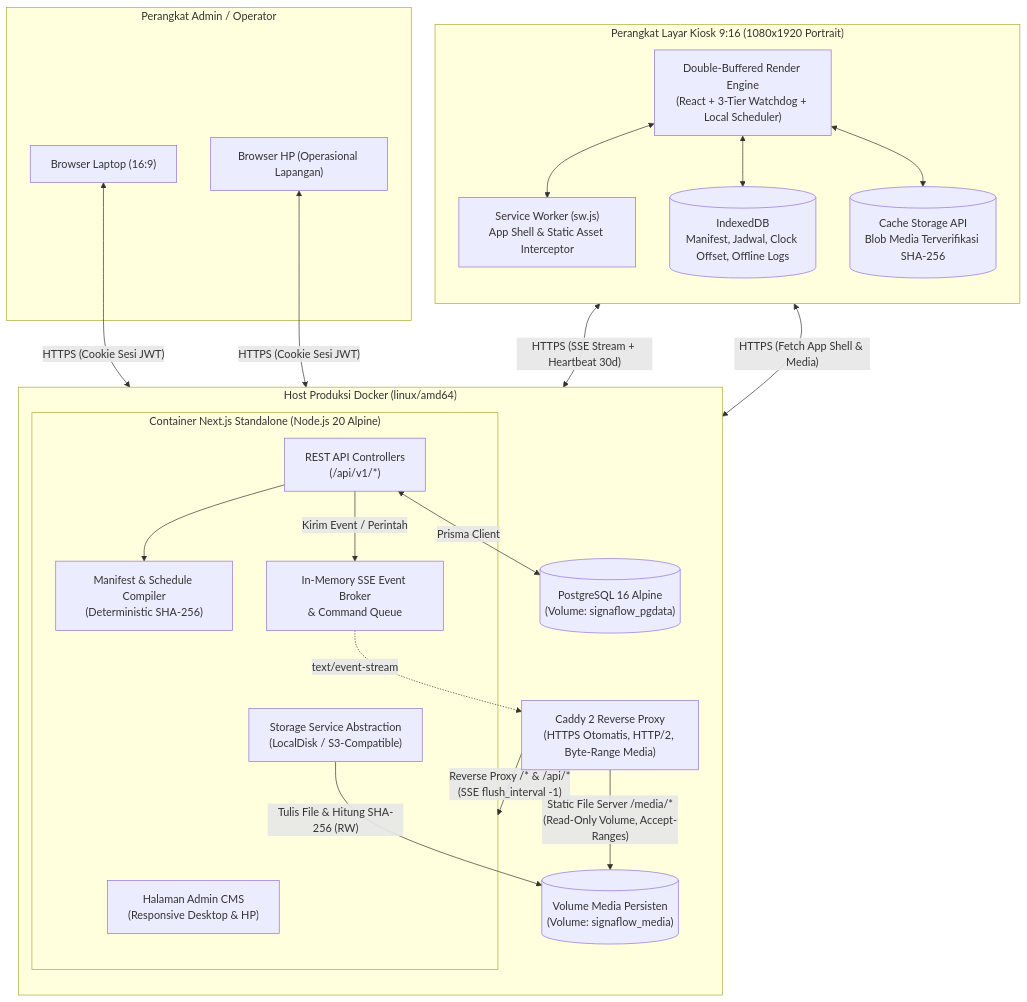
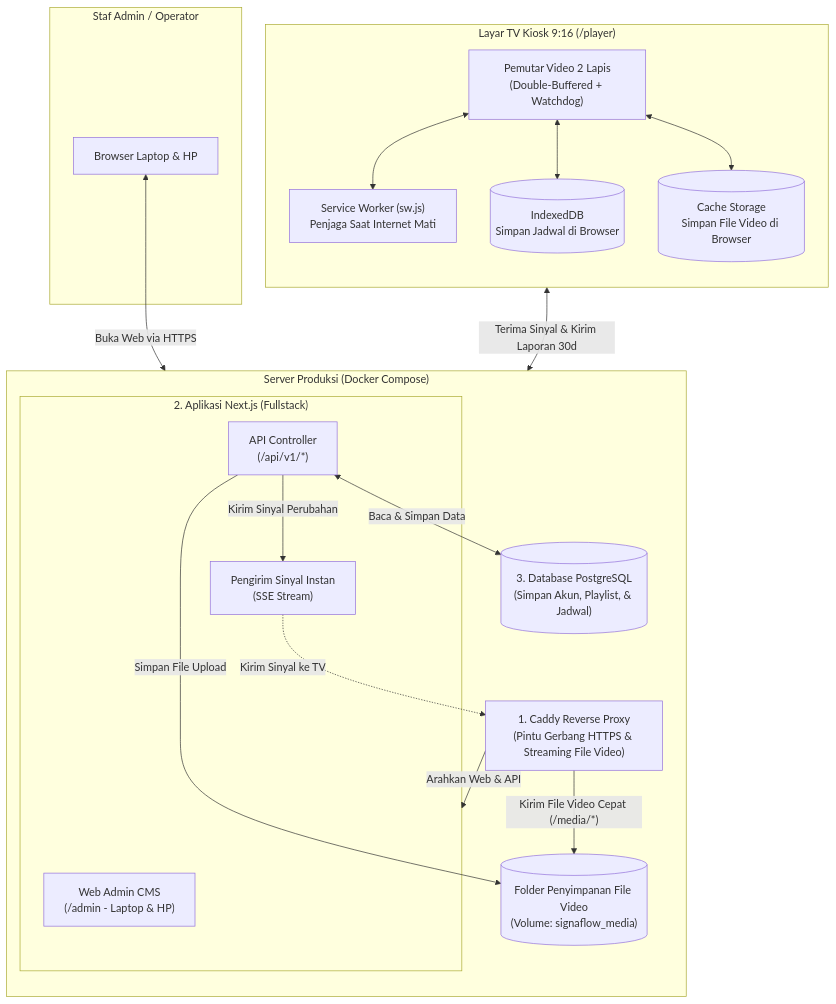
The diagram in docs/02-TRD-ARCHITECTURE.md (ibnu-anjang/SignaFlow), drawn with Mermaid before and after one commit. The commit also changed other lines of this file and 9 other files, not shown here.

````diff
--- a/docs/02-TRD-ARCHITECTURE.md
+++ b/docs/02-TRD-ARCHITECTURE.md
@@ -13,49 +11,43 @@
 ```mermaid
 flowchart TB
-    subgraph Docker_Host["Host Produksi Docker (linux/amd64)"]
+    subgraph Server_Docker["Server Produksi (Docker Compose)"]
         direction TB
-        Caddy["Caddy 2 Reverse Proxy\n(HTTPS Otomatis, HTTP/2, Byte-Range Media)"]
+        Caddy["1. Caddy Reverse Proxy\n(Pintu Gerbang HTTPS & Streaming File Video)"]
         
-        subgraph NextJS_App["Container Next.js Standalone (Node.js 20 Alpine)"]
-            AdminUI["Halaman Admin CMS\n(Responsive Desktop & HP)"]
-            RestAPI["REST API Controllers\n(/api/v1/*)"]
-            ManifestEngine["Manifest & Schedule Compiler\n(Deterministic SHA-256)"]
-            SSEBroker["In-Memory SSE Event Broker\n& Command Queue"]
-            StorageSvc["Storage Service Abstraction\n(LocalDisk / S3-Compatible)"]
+        subgraph NextJS_App["2. Aplikasi Next.js (Fullstack)"]
+            AdminUI["Web Admin CMS\n(/admin - Laptop & HP)"]
+            RestAPI["API Controller\n(/api/v1/*)"]
+            SSEBroker["Pengirim Sinyal Instan\n(SSE Stream)"]
         end
 
-        Postgres[("PostgreSQL 16 Alpine\n(Volume: signaflow_pgdata)")]
-        MediaVol[("Volume Media Persisten\n(Volume: signaflow_media)")]
+        Postgres[("3. Database PostgreSQL\n(Simpan Akun, Playlist, & Jadwal)")]
+        MediaFolder[("Folder Penyimpanan File Video\n(Volume: signaflow_media)")]
     end
 
-    subgraph Operator_Clients["Perangkat Admin / Operator"]
-        DesktopAdmin["Browser Laptop (16:9)"]
-        MobileAdmin["Browser HP (Operasional Lapangan)"]
+    subgraph Pengguna_Admin["Staf Admin / Operator"]
+        LaptopHP["Browser Laptop & HP"]
     end
 
-    subgraph Kiosk_Edge["Perangkat Layar Kiosk 9:16 (1080x1920 Portrait)"]
+    subgraph Layar_Kiosk["Layar TV Kiosk 9:16 (/player)"]
         direction TB
-        PlayerEngine["Double-Buffered Render Engine\n(React + 3-Tier Watchdog + Local Scheduler)"]
-        ServiceWorker["Service Worker (sw.js)\nApp Shell & Static Asset Interceptor"]
-        IndexedDB[("IndexedDB\nManifest, Jadwal, Clock Offset, Offline Logs")]
-        CacheStorage[("Cache Storage API\nBlob Media Terverifikasi SHA-256")]
+        PlayerUI["Pemutar Video 2 Lapis\n(Double-Buffered + Watchdog)"]
+        ServiceWorker["Service Worker (sw.js)\nPenjaga Saat Internet Mati"]
+        IndexedDB[("IndexedDB\nSimpan Jadwal di Browser")]
+        CacheAPI[("Cache Storage\nSimpan File Video di Browser")]
     end
 
-    DesktopAdmin <-->|"HTTPS (Cookie Sesi JWT)"| Caddy
-    MobileAdmin <-->|"HTTPS (Cookie Sesi JWT)"| Caddy
-    PlayerEngine <-->|"HTTPS (SSE Stream + Heartbeat 30d)"| Caddy
-    ServiceWorker <-->|"HTTPS (Fetch App Shell & Media)"| Caddy
+    LaptopHP <-->|"Buka Web via HTTPS"| Caddy
+    PlayerUI <-->|"Terima Sinyal & Kirim Laporan 30d"| Caddy
 
-    Caddy -->|"Reverse Proxy /* & /api/*\n(SSE flush_interval -1)"| NextJS_App
-    Caddy -->|"Static File Server /media/*\n(Read-Only Volume, Accept-Ranges)"| MediaVol
+    Caddy -->|"Arahkan Web & API"| NextJS_App
+    Caddy -->|"Kirim File Video Cepat (/media/*)"| MediaFolder
 
-    RestAPI <-->|"Prisma Client"| Postgres
-    RestAPI --> ManifestEngine
-    StorageSvc -->|"Tulis File & Hitung SHA-256 (RW)"| MediaVol
-    RestAPI -->|"Kirim Event / Perintah"| SSEBroker
-    SSEBroker -.->|"text/event-stream"| Caddy
+    RestAPI <-->|"Baca & Simpan Data"| Postgres
+    RestAPI -->|"Simpan File Upload"| MediaFolder
+    RestAPI -->|"Kirim Sinyal Perubahan"| SSEBroker
+    SSEBroker -.->|"Kirim Sinyal ke TV"| Caddy
 
-    PlayerEngine <--> ServiceWorker
-    PlayerEngine <--> IndexedDB
-    PlayerEngine <--> CacheStorage
+    PlayerUI <--> ServiceWorker
+    PlayerUI <--> IndexedDB
+    PlayerUI <--> CacheAPI
 ```
````
